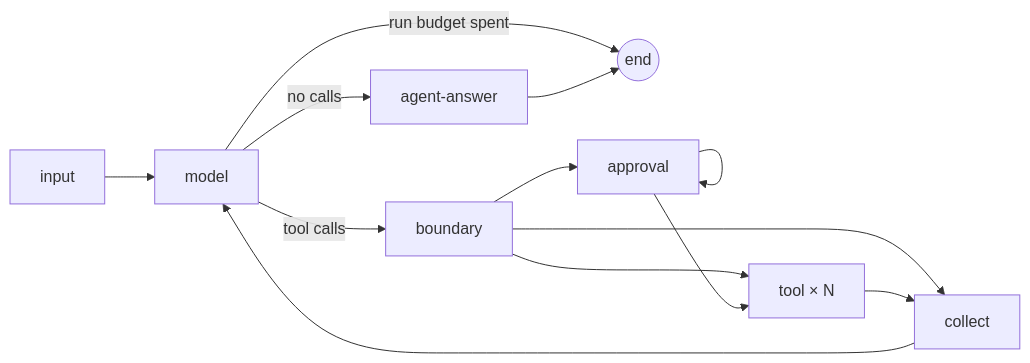
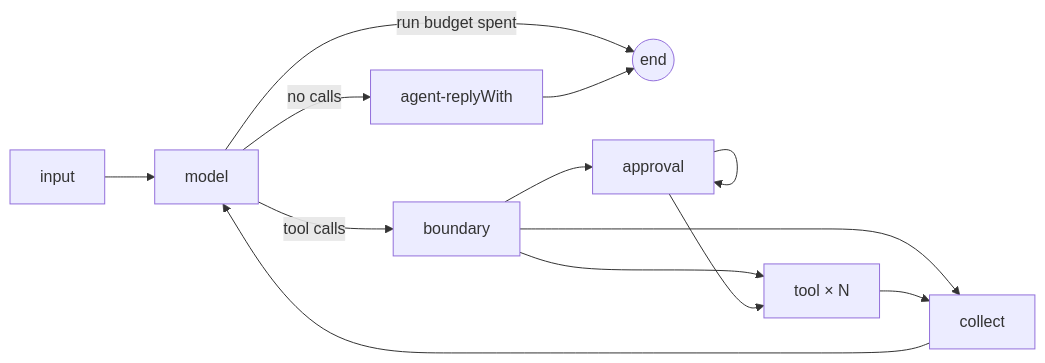
One commit to PavelRavvich/agbossjs changed the diagram in Agents.md. Above: the diagram before and after it, drawn with Mermaid. The commit also changed other lines of this file and 23 other files, not shown here.

````diff
--- a/Agents.md
+++ b/Agents.md
@@ -10,15 +10,15 @@
 ```mermaid
 flowchart LR
   I[input] --> M[model]
   M -- tool calls --> B[boundary]
-  M -- no calls --> A[agent-answer]
+  M -- no calls --> A[agent-replyWith]
   M -- run budget spent --> E((end))
   B --> AP[approval]
   AP --> AP
   B --> T[tool × N]
   AP --> T
   B --> C[collect]
   T --> C
   C --> M
   A --> E
 ```
````
